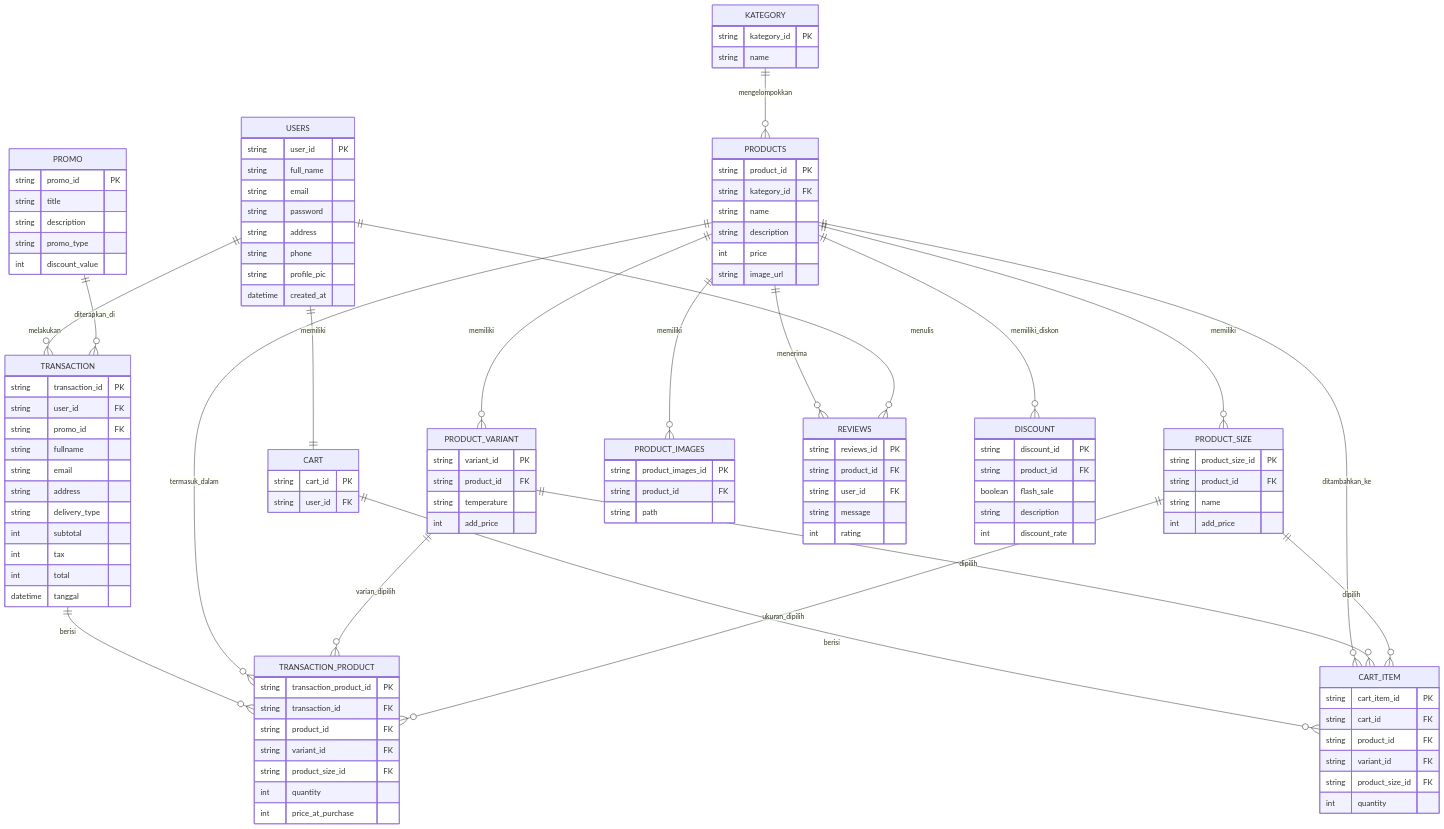
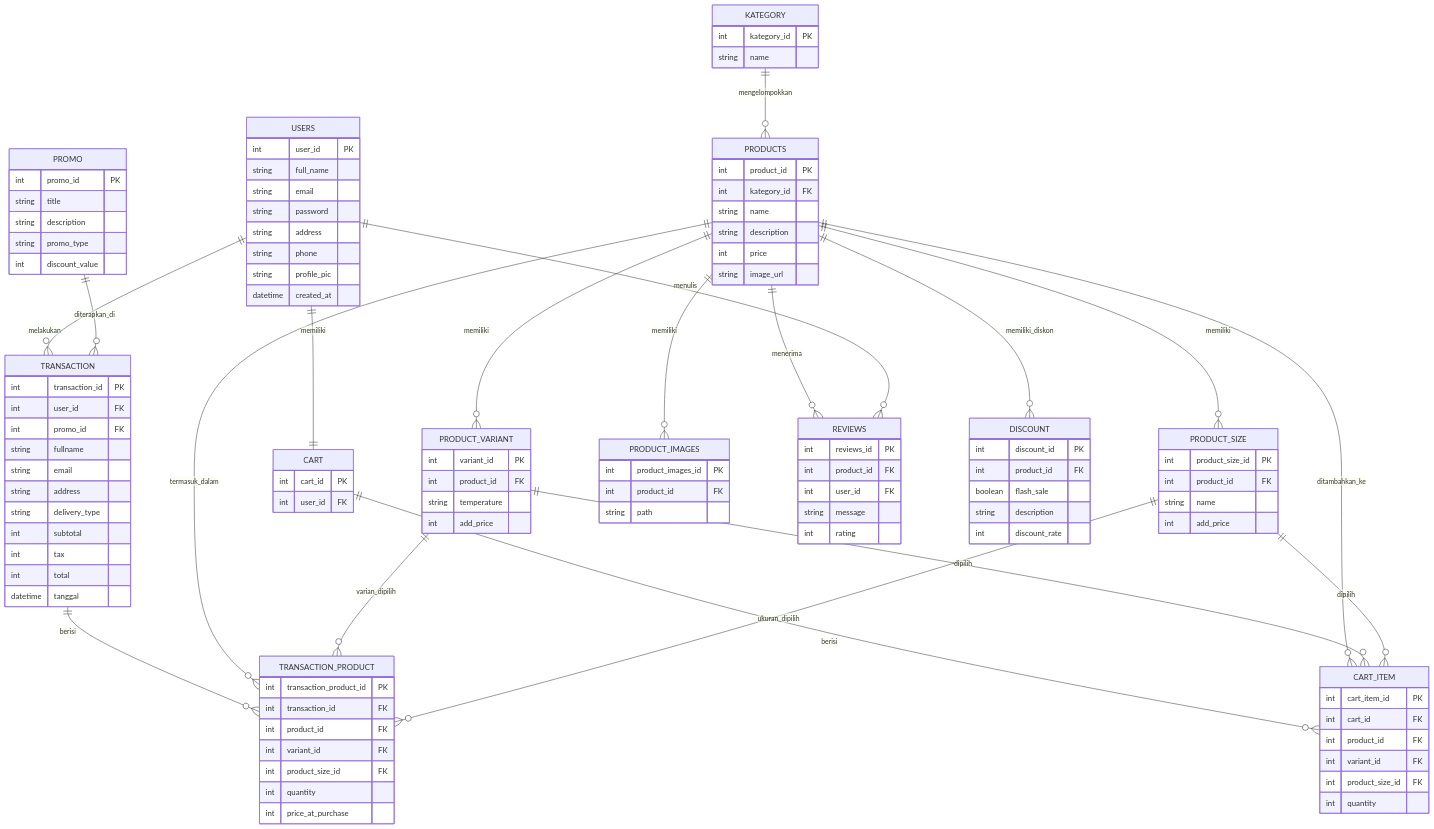
The diagram in README.md (adityabastyas/koda-b6-db), drawn with Mermaid before and after one commit. The commit also changed 1 other file, not shown here.

Commit message:
feat: add kategory food, non coffe and add value product, and repair for id string to int in table README.md

```diff
--- a/README.md
+++ b/README.md
@@ -4,7 +4,7 @@
 erDiagram
 
     USERS {
-        string user_id PK
+        int user_id PK
         string full_name
         string email
         string password
@@ -15,8 +15,8 @@
     }
 
     PRODUCTS {
-      string product_id PK
-      string kategory_id FK
+      int product_id PK
+      int kategory_id FK
       string name
       string description
       int price
@@ -24,13 +24,13 @@
     }
 
     KATEGORY {
-      string kategory_id PK
+      int kategory_id PK
       string name
     }
 
 
     PROMO {
-      string promo_id PK
+      int promo_id PK
       string title
       string description
       string promo_type
@@ -38,37 +38,37 @@
     }
 
     CART {
-      string cart_id PK
-      string user_id FK
+      int cart_id PK
+      int user_id FK
     }
 
     CART_ITEM {
-    string cart_item_id PK
-    string cart_id FK
-    string product_id FK
-    string variant_id FK
-    string product_size_id FK
+    int cart_item_id PK
+    int cart_id FK
+    int product_id FK
+    int variant_id FK
+    int product_size_id FK
     int quantity
     }
 
     PRODUCT_VARIANT{
-      string variant_id PK
-      string product_id FK
+      int variant_id PK
+      int product_id FK
       string temperature
       int add_price
     }
 
     PRODUCT_SIZE{
-      string product_size_id PK
-      string product_id FK
+      int product_size_id PK
+      int product_id FK
       string name
       int add_price
     }
 
     TRANSACTION {
-      string transaction_id PK
-      string user_id FK
-      string promo_id FK
+      int transaction_id PK
+      int user_id FK
+      int promo_id FK
       string fullname
       string email
       string address
@@ -80,32 +80,32 @@
     }
 
     TRANSACTION_PRODUCT {
-      string transaction_product_id PK
-      string transaction_id FK
-      string product_id FK
-      string variant_id FK
-      string product_size_id FK
+      int transaction_product_id PK
+      int transaction_id FK
+      int product_id FK
+      int variant_id FK
+      int product_size_id FK
       int quantity
       int price_at_purchase
     }
 
     PRODUCT_IMAGES{
-      string product_images_id PK
-      string product_id FK
+      int product_images_id PK
+      int product_id FK
       string path
     }
 
     REVIEWS{
-     string reviews_id PK
-     string product_id FK
-     string user_id FK
+     int reviews_id PK
+     int product_id FK
+     int user_id FK
      string message
      int rating
     }
 
     DISCOUNT{
-      string discount_id PK
-      string product_id FK
+      int discount_id PK
+      int product_id FK
       boolean flash_sale
       string description
       int discount_rate
```
